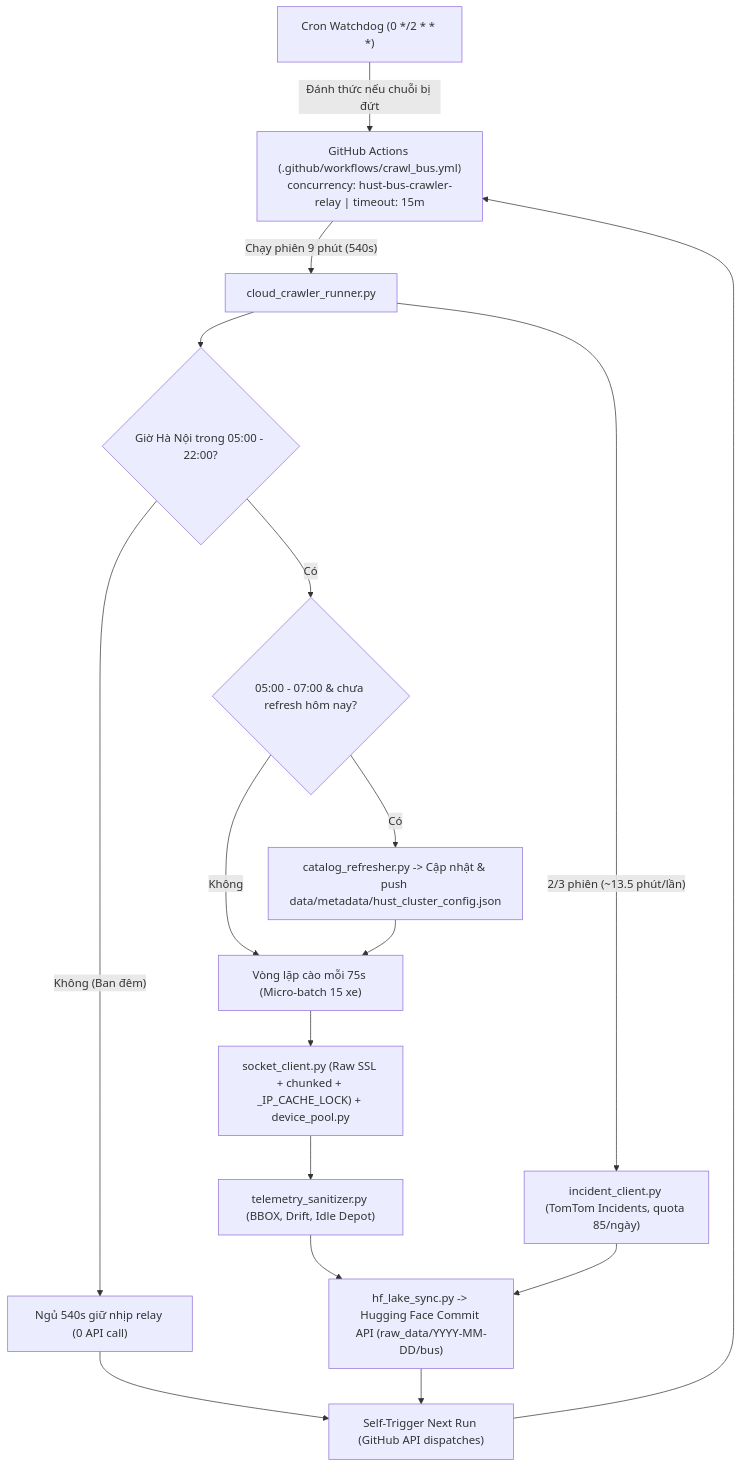
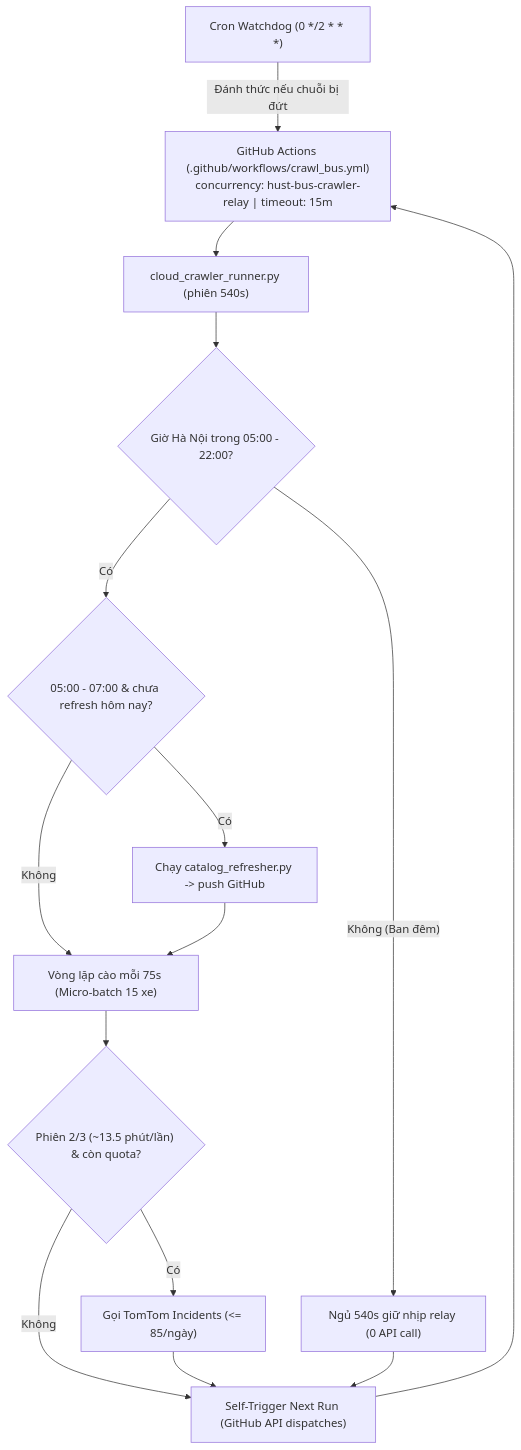
Before and after one commit to toibinguz/Bus_tracking: the second of 2 diagrams in docs/CRAWLER.md, drawn with Mermaid. The commit also changed other lines of this file and 16 other files, not shown here.

Commit message:
docs: standardize Batch/Speed/Serving layer pipelines with separated data and logic flows

````diff
--- a/docs/CRAWLER.md
+++ b/docs/CRAWLER.md
@@ -9,18 +21,15 @@
 ```mermaid
 flowchart TD
-    GHA["GitHub Actions (.github/workflows/crawl_bus.yml)\nconcurrency: hust-bus-crawler-relay | timeout: 15m"] -->|"Chạy phiên 9 phút (540s)"| RUN["cloud_crawler_runner.py"]
+    GHA["GitHub Actions (.github/workflows/crawl_bus.yml)\nconcurrency: hust-bus-crawler-relay | timeout: 15m"] --> RUN["cloud_crawler_runner.py (phiên 540s)"]
     CRON["Cron Watchdog (0 */2 * * *)"] -->|"Đánh thức nếu chuỗi bị đứt"| GHA
     RUN --> CHK_HR{"Giờ Hà Nội trong 05:00 - 22:00?"}
     CHK_HR -->|"Không (Ban đêm)"| SLEEP["Ngủ 540s giữ nhịp relay (0 API call)"]
     CHK_HR -->|"Có"| CHK_AM{"05:00 - 07:00 & chưa refresh hôm nay?"}
-    CHK_AM -->|"Có"| CAT["catalog_refresher.py -> Cập nhật & push data/metadata/hust_cluster_config.json"]
+    CHK_AM -->|"Có"| CAT["Chạy catalog_refresher.py -> push GitHub"]
     CHK_AM -->|"Không"| LOOP
     CAT --> LOOP["Vòng lặp cào mỗi 75s (Micro-batch 15 xe)"]
-    LOOP --> SOCK["socket_client.py (Raw SSL + chunked + _IP_CACHE_LOCK) + device_pool.py"]
-    SOCK --> SAN["telemetry_sanitizer.py (BBOX, Drift, Idle Depot)"]
-    RUN -->|"2/3 phiên (~13.5 phút/lần)"| TOM["incident_client.py (TomTom Incidents, quota 85/ngày)"]
-    SAN --> HF["hf_lake_sync.py -> Hugging Face Commit API (raw_data/YYYY-MM-DD/bus)"]
-    TOM --> HF
-    SLEEP --> RELAY["Self-Trigger Next Run (GitHub API dispatches)"]
-    HF --> RELAY --> GHA
+    LOOP --> TOM_CHK{"Phiên 2/3 (~13.5 phút/lần) & còn quota?"}
+    TOM_CHK -->|"Có"| TOM["Gọi TomTom Incidents (<= 85/ngày)"]
+    TOM_CHK -->|"Không"| RELAY
+    TOM & SLEEP --> RELAY["Self-Trigger Next Run (GitHub API dispatches)"] --> GHA
 ```
````
